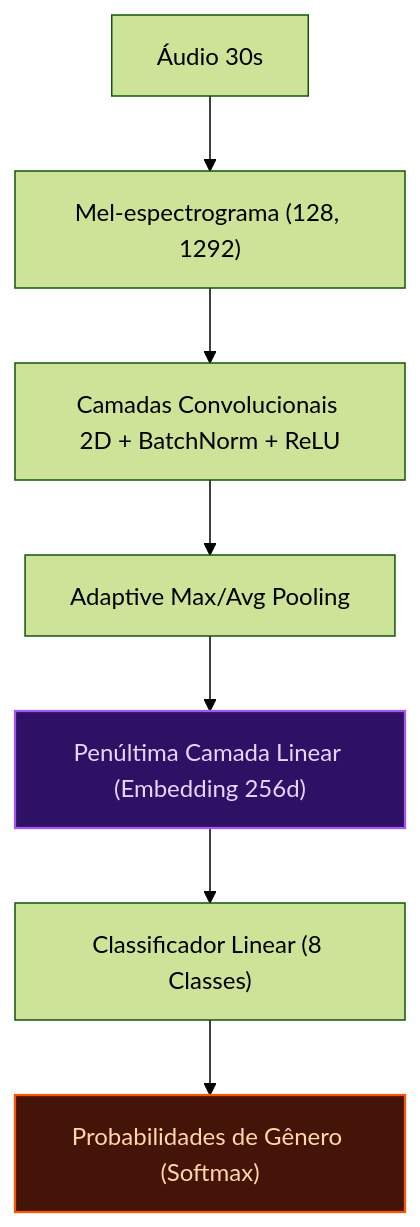
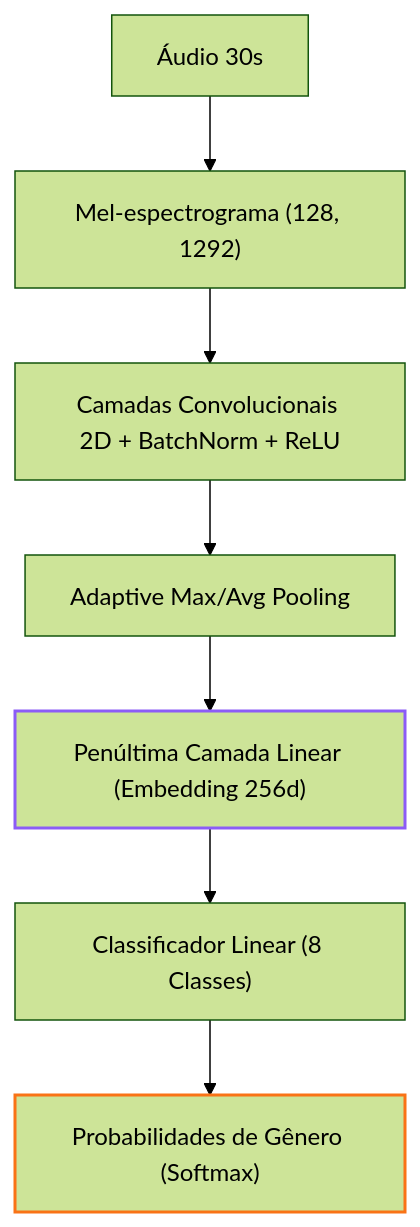
One commit to Oseiasdfarias/youfy changed the third of 4 diagrams in docs/arquitetura/decisoes.md. Above: the diagram before and after it, drawn with Mermaid (forest theme). The commit also changed other lines of this file and 7 other files, not shown here.

Commit message:
style(docs): compatibilidade completa dos diagramas mermaid com tema claro e escuro

````diff
--- a/docs/arquitetura/decisoes.md
+++ b/docs/arquitetura/decisoes.md
@@ -81,14 +81,14 @@
 ```mermaid
 flowchart TD
     Audio["Áudio 30s"] --> Melspec["Mel-espectrograma (128, 1292)"]
     Melspec --> Conv["Camadas Convolucionais 2D + BatchNorm + ReLU"]
     Conv --> Pool["Adaptive Max/Avg Pooling"]
     Pool --> Penult["Penúltima Camada Linear (Embedding 256d)"]
     Penult --> Head["Classificador Linear (8 Classes)"]
     Head --> Pred["Probabilidades de Gênero (Softmax)"]
 
-    classDef penultStyle fill:#2e1065,stroke:#a855f7,stroke-width:1.5px,color:#e9d5ff;
-    classDef predStyle fill:#431407,stroke:#ff5500,stroke-width:1.5px,color:#fed7aa;
+    classDef penultStyle stroke:#8b5cf6,stroke-width:2px;
+    classDef predStyle stroke:#f97316,stroke-width:2px;
     class Penult penultStyle;
     class Pred predStyle;
 ```
````
